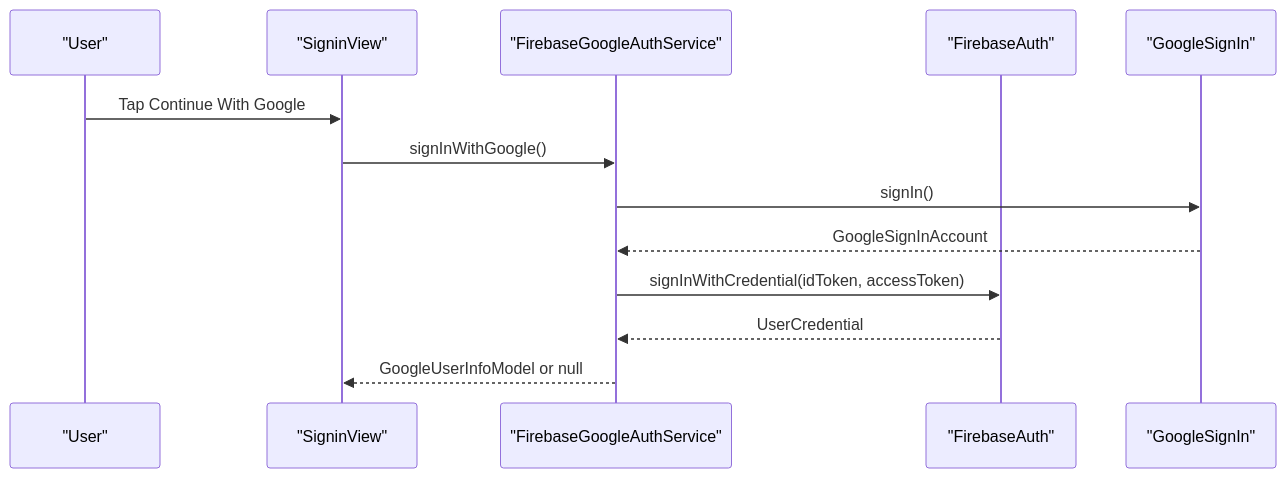
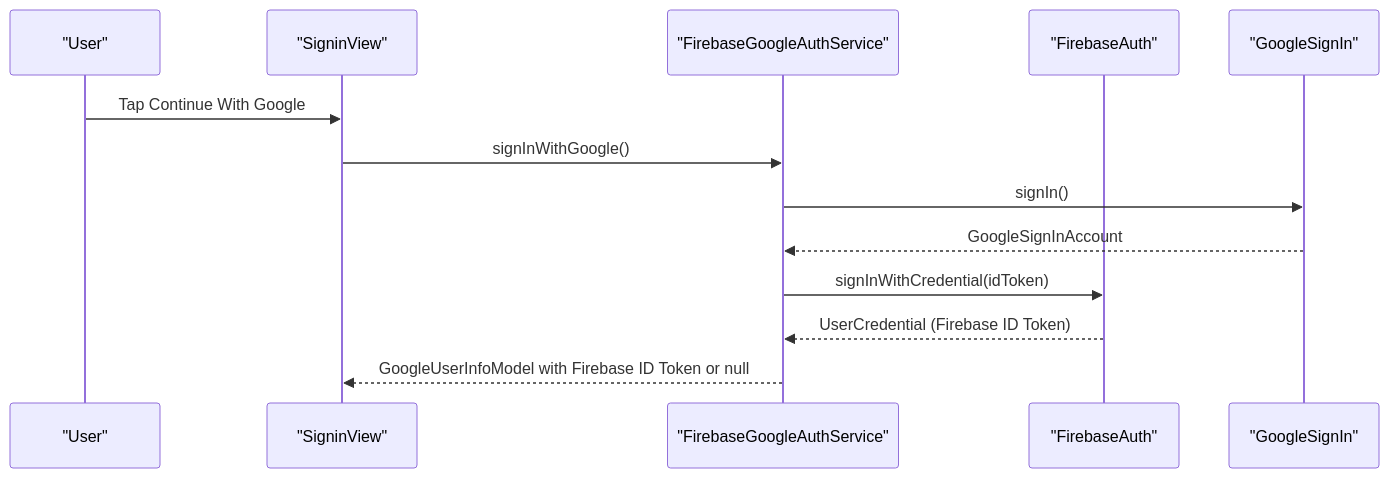
Diagram 11 of 12 in .qoder/repowiki/en/content/Core Features/Authentication System/Authentication System.md (Ariful3111/FurniGo), drawn with Mermaid before and after one commit. The commit also changed other lines of this file and 8 other files, not shown here.

````diff
--- a/.qoder/repowiki/en/content/Core Features/Authentication System/Authentication System.md
+++ b/.qoder/repowiki/en/content/Core Features/Authentication System/Authentication System.md
@@ -591,15 +597,15 @@
 ```mermaid
 sequenceDiagram
 participant User as "User"
 participant View as "SigninView"
 participant FGAS as "FirebaseGoogleAuthService"
 participant FA as "FirebaseAuth"
 participant GSI as "GoogleSignIn"
 User->>View : Tap Continue With Google
 View->>FGAS : signInWithGoogle()
 FGAS->>GSI : signIn()
 GSI-->>FGAS : GoogleSignInAccount
-FGAS->>FA : signInWithCredential(idToken, accessToken)
-FA-->>FGAS : UserCredential
-FGAS-->>View : GoogleUserInfoModel or null
+FGAS->>FA : signInWithCredential(idToken)
+FA-->>FGAS : UserCredential (Firebase ID Token)
+FGAS-->>View : GoogleUserInfoModel with Firebase ID Token or null
 ```
````
